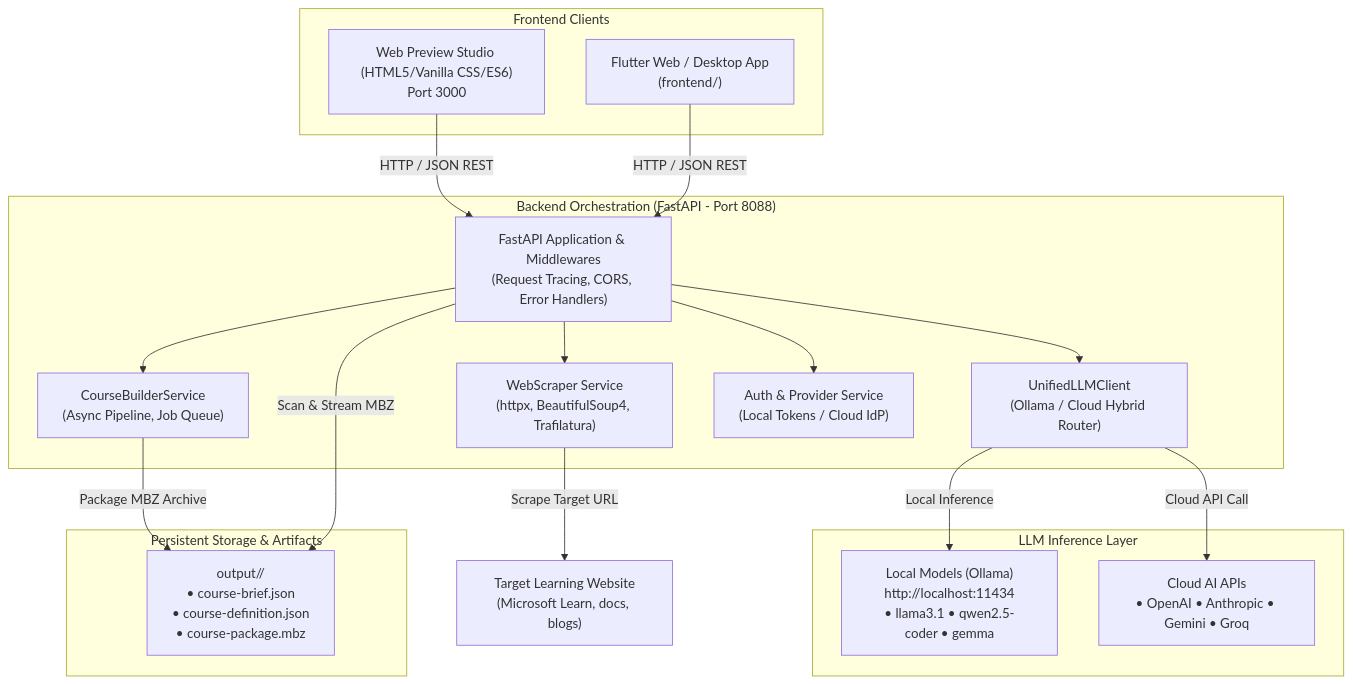
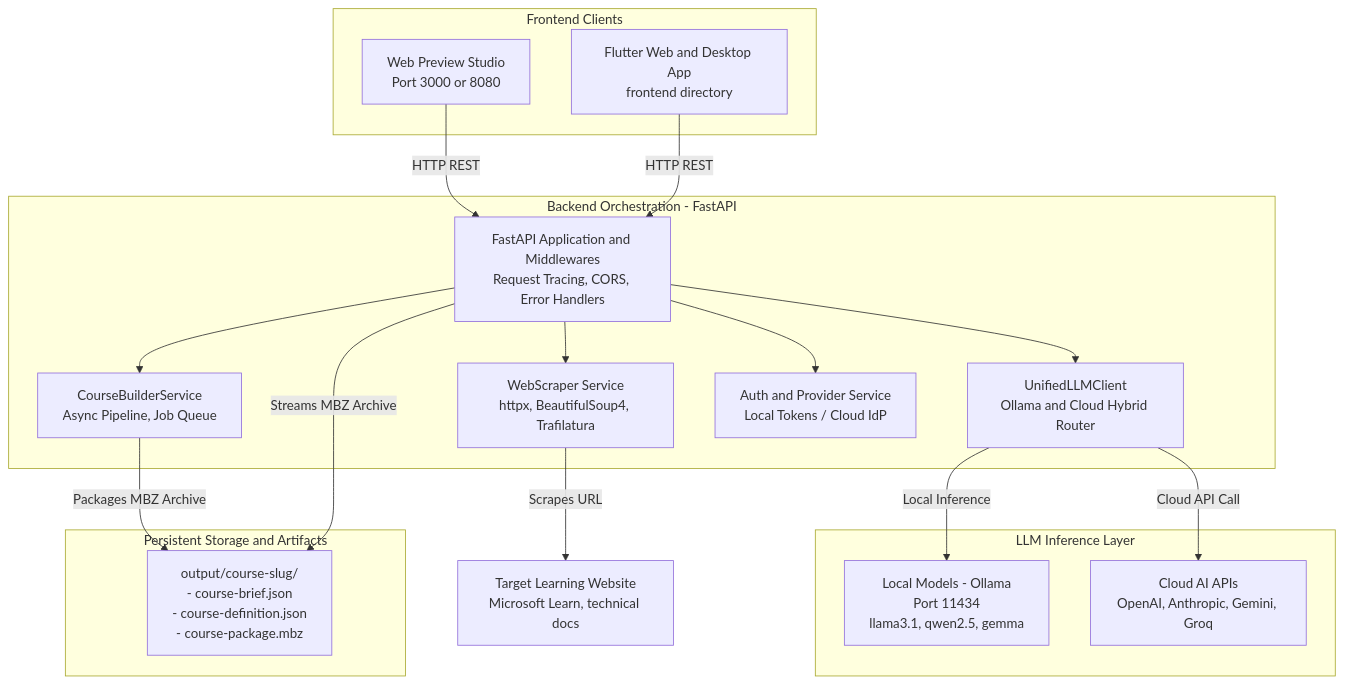
One commit to fusionAIx-TechPack/LMS01-fx-learning-agent changed the second of 3 diagrams in ARCHITECTURE.md. Above: the diagram before and after it, drawn with Mermaid. The commit also changed other lines of this file and 6 other files, not shown here.

Commit message:
feat: enhance course library, sanitize architecture docs, and add CI/CD workflow

````diff
--- a/ARCHITECTURE.md
+++ b/ARCHITECTURE.md
@@ -16,39 +181,39 @@
 ```mermaid
 flowchart TD
     subgraph UI ["Frontend Clients"]
-        WebPreview["Web Preview Studio (HTML5/Vanilla CSS/ES6)<br/>Port 3000"]
-        FlutterApp["Flutter Web / Desktop App<br/>(frontend/)"]
+        WebPreview["Web Preview Studio<br/>Port 3000 or 8080"]
+        FlutterApp["Flutter Web and Desktop App<br/>frontend directory"]
     end
 
-    subgraph API ["Backend Orchestration (FastAPI - Port 8088)"]
-        Router["FastAPI Application & Middlewares<br/>(Request Tracing, CORS, Error Handlers)"]
-        Scraper["WebScraper Service<br/>(httpx, BeautifulSoup4, Trafilatura)"]
-        LLM["UnifiedLLMClient<br/>(Ollama / Cloud Hybrid Router)"]
-        Builder["CourseBuilderService<br/>(Async Pipeline, Job Queue)"]
-        Auth["Auth & Provider Service<br/>(Local Tokens / Cloud IdP)"]
+    subgraph API ["Backend Orchestration - FastAPI"]
+        Router["FastAPI Application and Middlewares<br/>Request Tracing, CORS, Error Handlers"]
+        Scraper["WebScraper Service<br/>httpx, BeautifulSoup4, Trafilatura"]
+        LLM["UnifiedLLMClient<br/>Ollama and Cloud Hybrid Router"]
+        Builder["CourseBuilderService<br/>Async Pipeline, Job Queue"]
+        Auth["Auth and Provider Service<br/>Local Tokens / Cloud IdP"]
     end
 
     subgraph LLM_Engines ["LLM Inference Layer"]
-        OllamaLocal["Local Models (Ollama)<br/>http://localhost:11434<br/>• llama3.1 • qwen2.5-coder • gemma"]
-        CloudLLM["Cloud AI APIs<br/>• OpenAI • Anthropic • Gemini • Groq"]
+        OllamaLocal["Local Models - Ollama<br/>Port 11434<br/>llama3.1, qwen2.5, gemma"]
+        CloudLLM["Cloud AI APIs<br/>OpenAI, Anthropic, Gemini, Groq"]
     end
 
-    subgraph Storage ["Persistent Storage & Artifacts"]
-        OutputDir["output/<course-slug>/<br/>• course-brief.json<br/>• course-definition.json<br/>• course-package.mbz"]
+    subgraph Storage ["Persistent Storage and Artifacts"]
+        OutputDir["output/course-slug/<br/>- course-brief.json<br/>- course-definition.json<br/>- course-package.mbz"]
     end
 
-    WebPreview -->|HTTP / JSON REST| Router
-    FlutterApp -->|HTTP / JSON REST| Router
+    WebPreview -->|HTTP REST| Router
+    FlutterApp -->|HTTP REST| Router
 
     Router --> Scraper
     Router --> LLM
     Router --> Builder
     Router --> Auth
 
-    Scraper -->|Scrape Target URL| WebTarget["Target Learning Website<br/>(Microsoft Learn, docs, blogs)"]
+    Scraper -->|Scrapes URL| WebTarget["Target Learning Website<br/>Microsoft Learn, technical docs"]
     LLM -->|Local Inference| OllamaLocal
     LLM -->|Cloud API Call| CloudLLM
 
-    Builder -->|Package MBZ Archive| OutputDir
-    Router -->|Scan & Stream MBZ| OutputDir
+    Builder -->|Packages MBZ Archive| OutputDir
+    Router -->|Streams MBZ Archive| OutputDir
 ```
````
